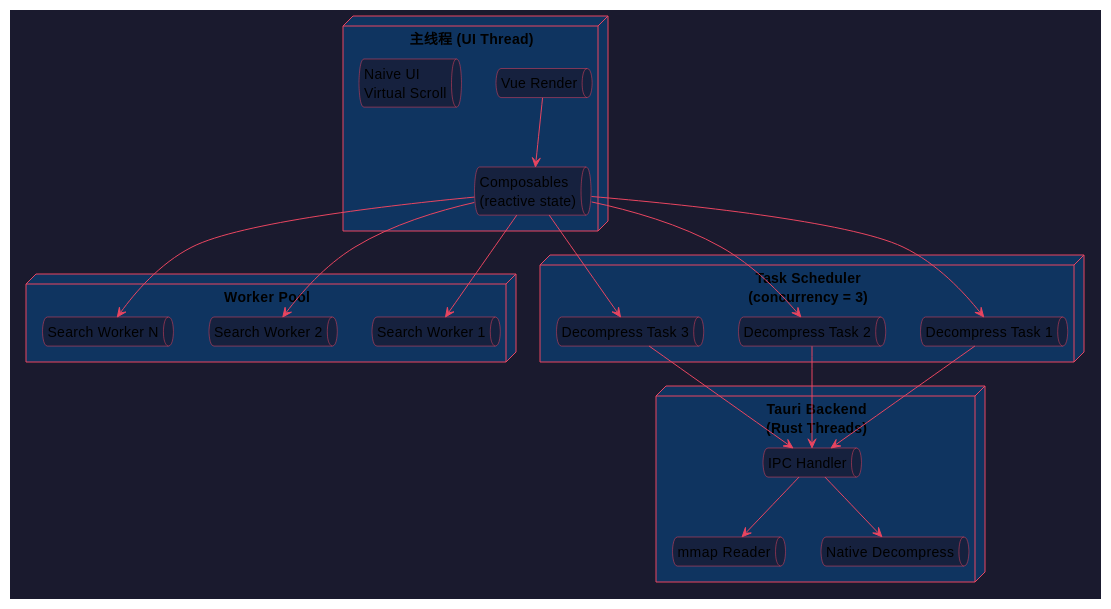
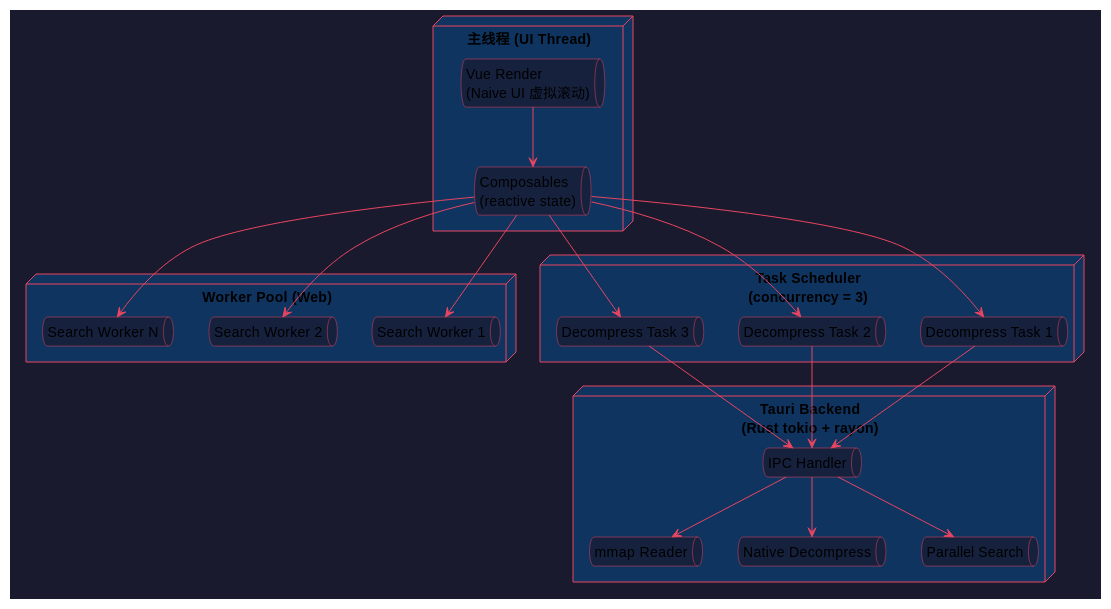
Before and after one commit to taoweidong/Hello-Tauri: diagram 18 of 20 in docs/superpowers/specs/2026-06-26-system-architecture-design.md, drawn with PlantUML. The commit also changed other lines of this file, not shown here.

Commit message:
docs: restructure into frontend/backend design, add page layout and component mapping

````diff
--- a/docs/superpowers/specs/2026-06-26-system-architecture-design.md
+++ b/docs/superpowers/specs/2026-06-26-system-architecture-design.md
@@ -698,48 +1057,49 @@
 ```plantuml
 @startuml
 skinparam backgroundColor #1a1a2e
 skinparam defaultTextColor #e0e0e0
 skinparam nodeBackgroundColor #0f3460
 skinparam nodeBorderColor #e94560
 skinparam arrowColor #e94560
 skinparam queueBackgroundColor #16213e
 skinparam queueBorderColor #e94560
 
 node "主线程 (UI Thread)" {
-  queue "Vue Render" as render
+  queue "Vue Render\n(Naive UI 虚拟滚动)" as render
   queue "Composables\n(reactive state)" as comp
-  queue "Naive UI\nVirtual Scroll" as vs
 }
 
-node "Worker Pool" {
+node "Worker Pool (Web)" {
   queue "Search Worker 1" as w1
   queue "Search Worker 2" as w2
   queue "Search Worker N" as wn
 }
 
 node "Task Scheduler\n(concurrency = 3)" {
   queue "Decompress Task 1" as d1
   queue "Decompress Task 2" as d2
   queue "Decompress Task 3" as d3
 }
 
-node "Tauri Backend\n(Rust Threads)" {
+node "Tauri Backend\n(Rust tokio + rayon)" {
   queue "IPC Handler" as ipc
   queue "mmap Reader" as mmap
   queue "Native Decompress" as nd
+  queue "Parallel Search" as ps
 }
 
 render --> comp
 comp --> d1
 comp --> d2
 comp --> d3
 comp --> w1
 comp --> w2
 comp --> wn
 d1 --> ipc
 d2 --> ipc
 d3 --> ipc
 ipc --> mmap
 ipc --> nd
+ipc --> ps
 @enduml
 ```
````
